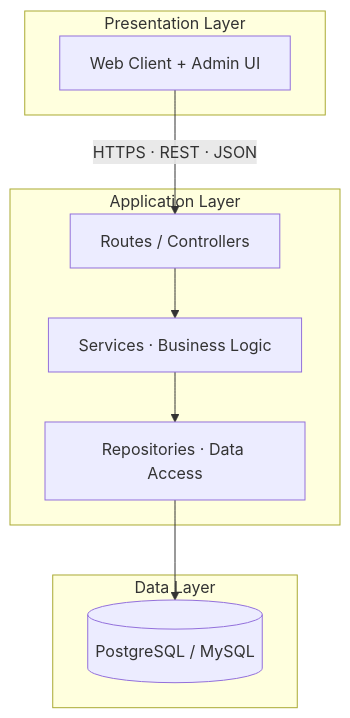
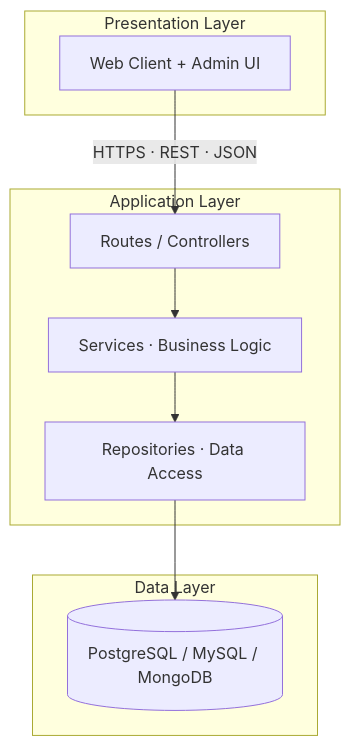
Before and after one commit to Edgar-Devloper/Edgar-Devloper: the second of 2 diagrams in README.md, drawn with Mermaid. The commit also changed other lines of this file, not shown here.

Commit message:
Add MongoDB to stack and backend architecture data layer

````diff
--- a/README.md
+++ b/README.md
@@ -95,18 +95,18 @@
 ```mermaid
 flowchart TB
   subgraph CLIENT["Presentation Layer"]
     APP[Web Client + Admin UI]
   end
 
   subgraph SERVER["Application Layer"]
     R[Routes / Controllers]
     S[Services · Business Logic]
     D[Repositories · Data Access]
   end
 
   subgraph DATA["Data Layer"]
-    DB[(PostgreSQL / MySQL)]
+    DB[(PostgreSQL / MySQL / MongoDB)]
   end
 
   APP -->|HTTPS · REST · JSON| R --> S --> D --> DB
 ```
````
